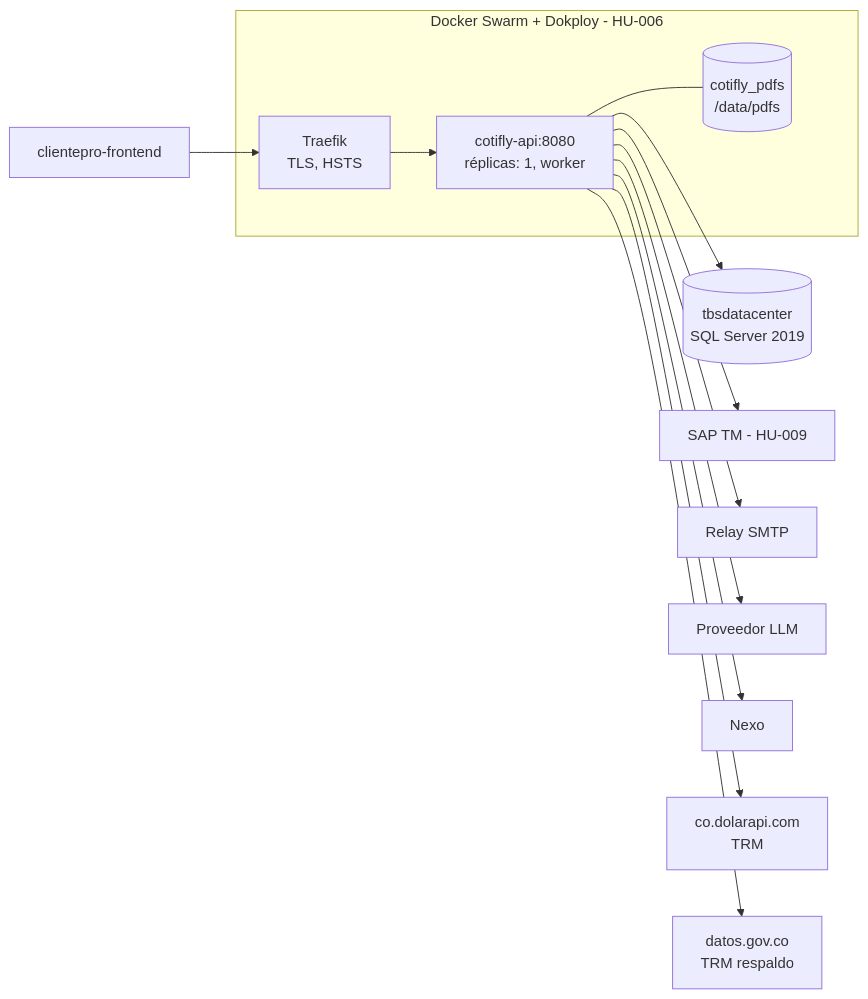
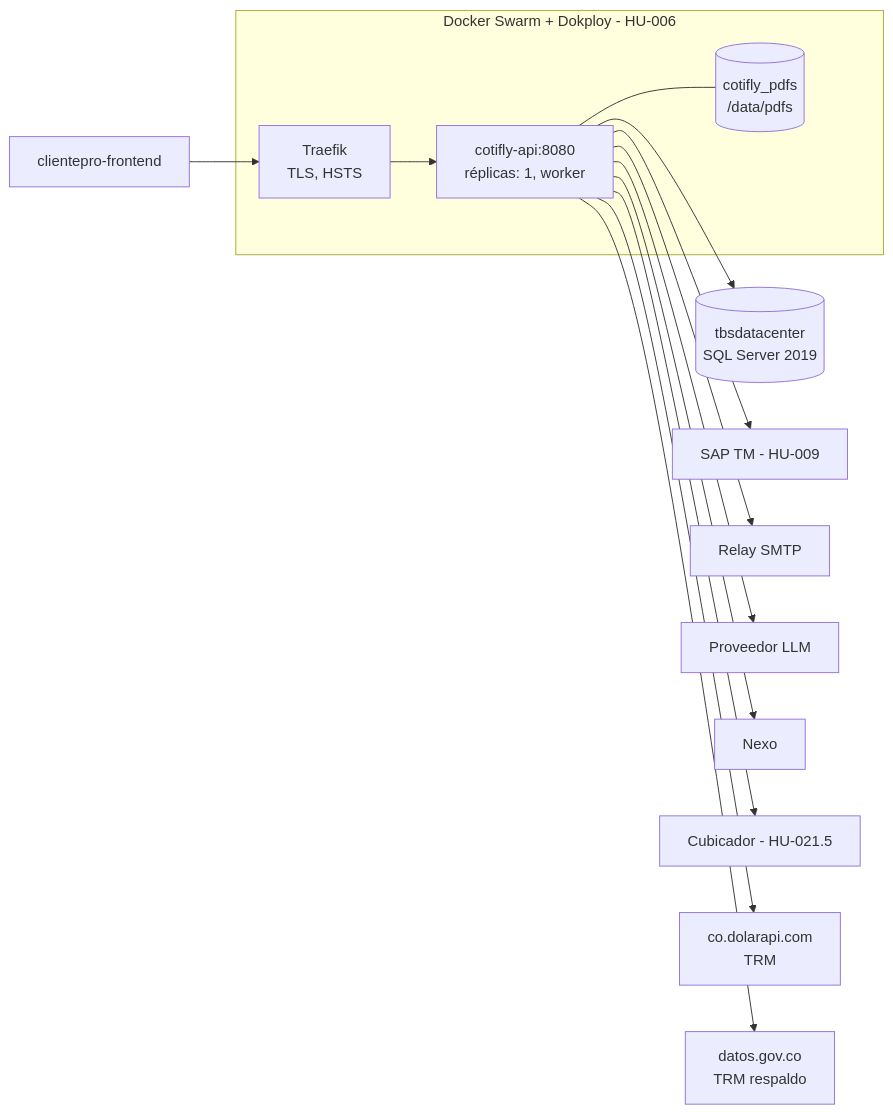
Before and after one commit to InnovacionIA-proyectos/Cotifly: the diagram in backend-dotnet/docs/03-infraestructura.md, drawn with Mermaid. The commit also changed other lines of this file and 8 other files, not shown here.

````diff
--- a/backend-dotnet/docs/03-infraestructura.md
+++ b/backend-dotnet/docs/03-infraestructura.md
@@ -421,15 +461,16 @@
 ```mermaid
 flowchart LR
     subgraph swarm[Docker Swarm + Dokploy - HU-006]
         traefik[Traefik<br/>TLS, HSTS] --> api[cotifly-api:8080<br/>réplicas: 1, worker]
         api --- vol[(cotifly_pdfs<br/>/data/pdfs)]
     end
     front[clientepro-frontend] --> traefik
     api --> sqlsrv[(tbsdatacenter<br/>SQL Server 2019)]
     api --> sapnet[SAP TM - HU-009]
     api --> relay[Relay SMTP]
     api --> proveedor[Proveedor LLM]
     api --> nexo[Nexo]
+    api --> cubicador[Cubicador - HU-021.5]
     api --> trm[co.dolarapi.com<br/>TRM]
     api --> trm2[datos.gov.co<br/>TRM respaldo]
 ```
````
